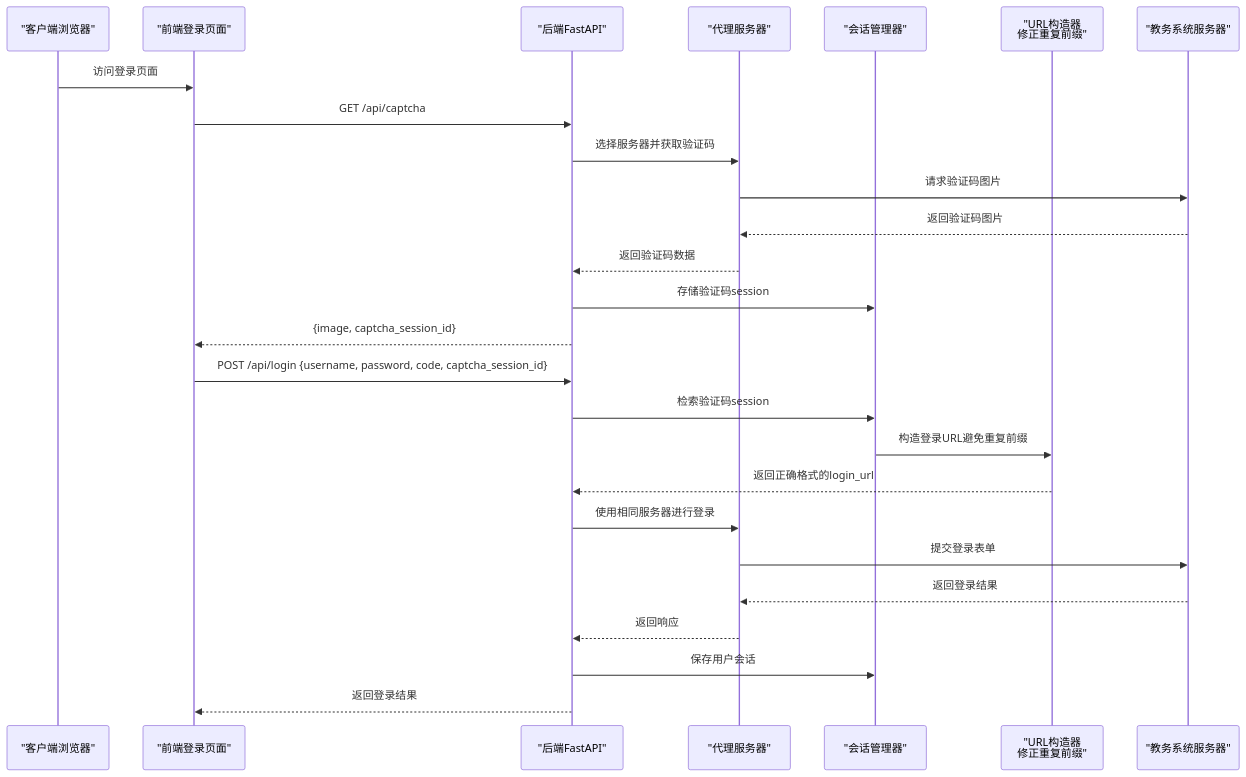
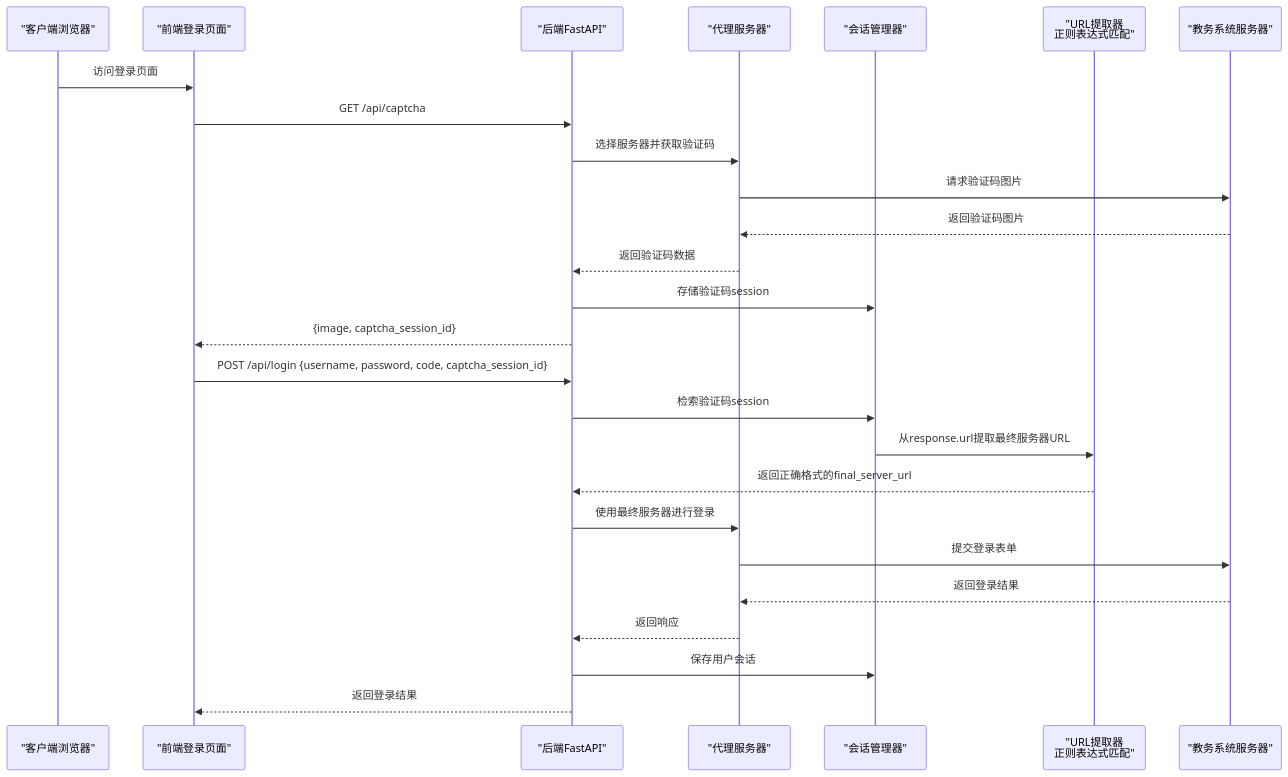
Before and after one commit to ghbbn053-ship-itsoulddog/soulddog: the second of 6 diagrams in .qoder/repowiki/zh/content/后端API文档/用户认证API.md, drawn with Mermaid. The commit also changed other lines of this file and 10 other files, not shown here.

````diff
--- a/.qoder/repowiki/zh/content/后端API文档/用户认证API.md
+++ b/.qoder/repowiki/zh/content/后端API文档/用户认证API.md
@@ -118,28 +119,28 @@
 ```mermaid
 sequenceDiagram
 participant Client as "客户端浏览器"
 participant Frontend as "前端登录页面"
 participant Backend as "后端FastAPI"
 participant Proxy as "代理服务器"
 participant SessionMgr as "会话管理器"
-participant URLBuilder as "URL构造器<br/>修正重复前缀"
+participant URLExtractor as "URL提取器<br/>正则表达式匹配"
 participant JWXT as "教务系统服务器"
 Client->>Frontend : 访问登录页面
 Frontend->>Backend : GET /api/captcha
 Backend->>Proxy : 选择服务器并获取验证码
 Proxy->>JWXT : 请求验证码图片
 JWXT-->>Proxy : 返回验证码图片
 Proxy-->>Backend : 返回验证码数据
 Backend->>SessionMgr : 存储验证码session
 Backend-->>Frontend : {image, captcha_session_id}
 Frontend->>Backend : POST /api/login {username, password, code, captcha_session_id}
 Backend->>SessionMgr : 检索验证码session
-SessionMgr->>URLBuilder : 构造登录URL避免重复前缀
-URLBuilder-->>Backend : 返回正确格式的login_url
-Backend->>Proxy : 使用相同服务器进行登录
+SessionMgr->>URLExtractor : 从response.url提取最终服务器URL
+URLExtractor-->>Backend : 返回正确格式的final_server_url
+Backend->>Proxy : 使用最终服务器进行登录
 Proxy->>JWXT : 提交登录表单
 JWXT-->>Proxy : 返回登录结果
 Proxy-->>Backend : 返回响应
 Backend->>SessionMgr : 保存用户会话
 Backend-->>Frontend : 返回登录结果
 ```
````
